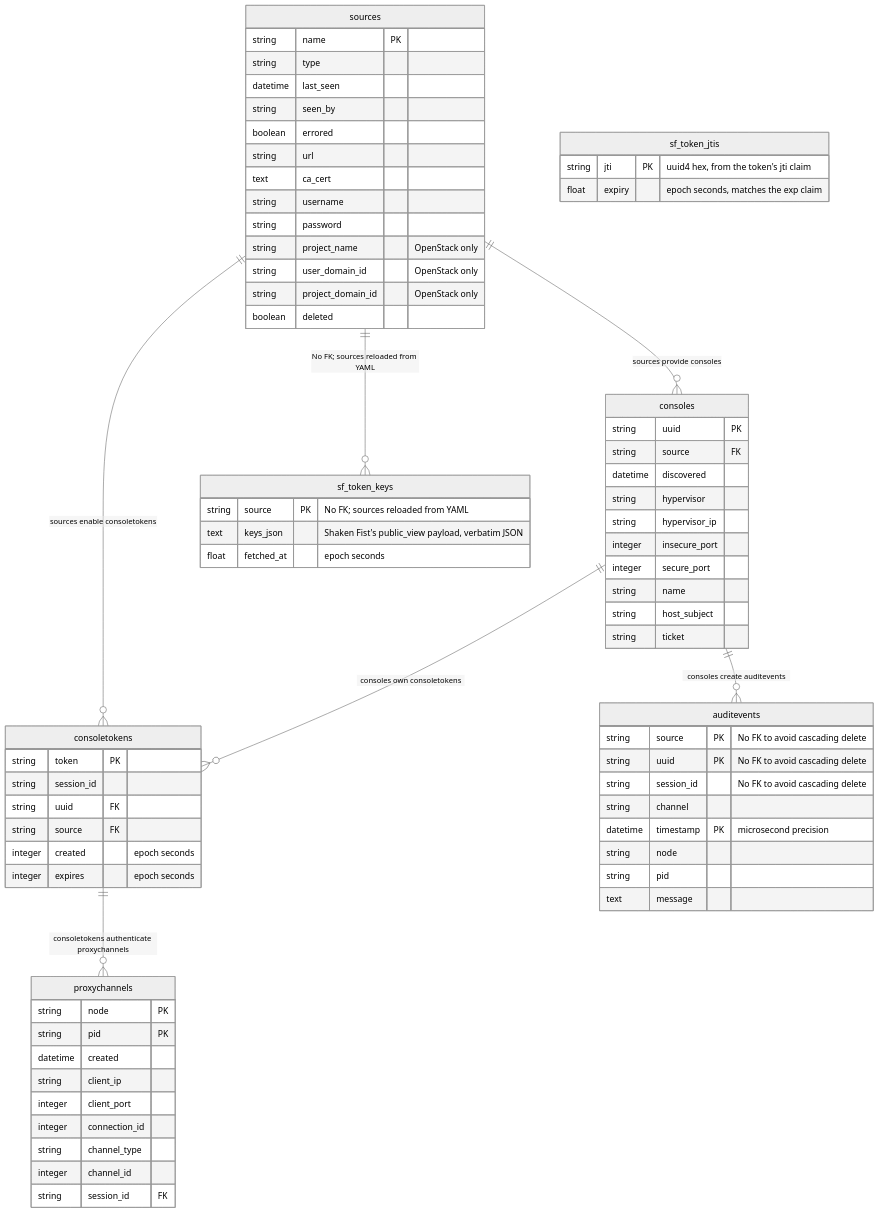
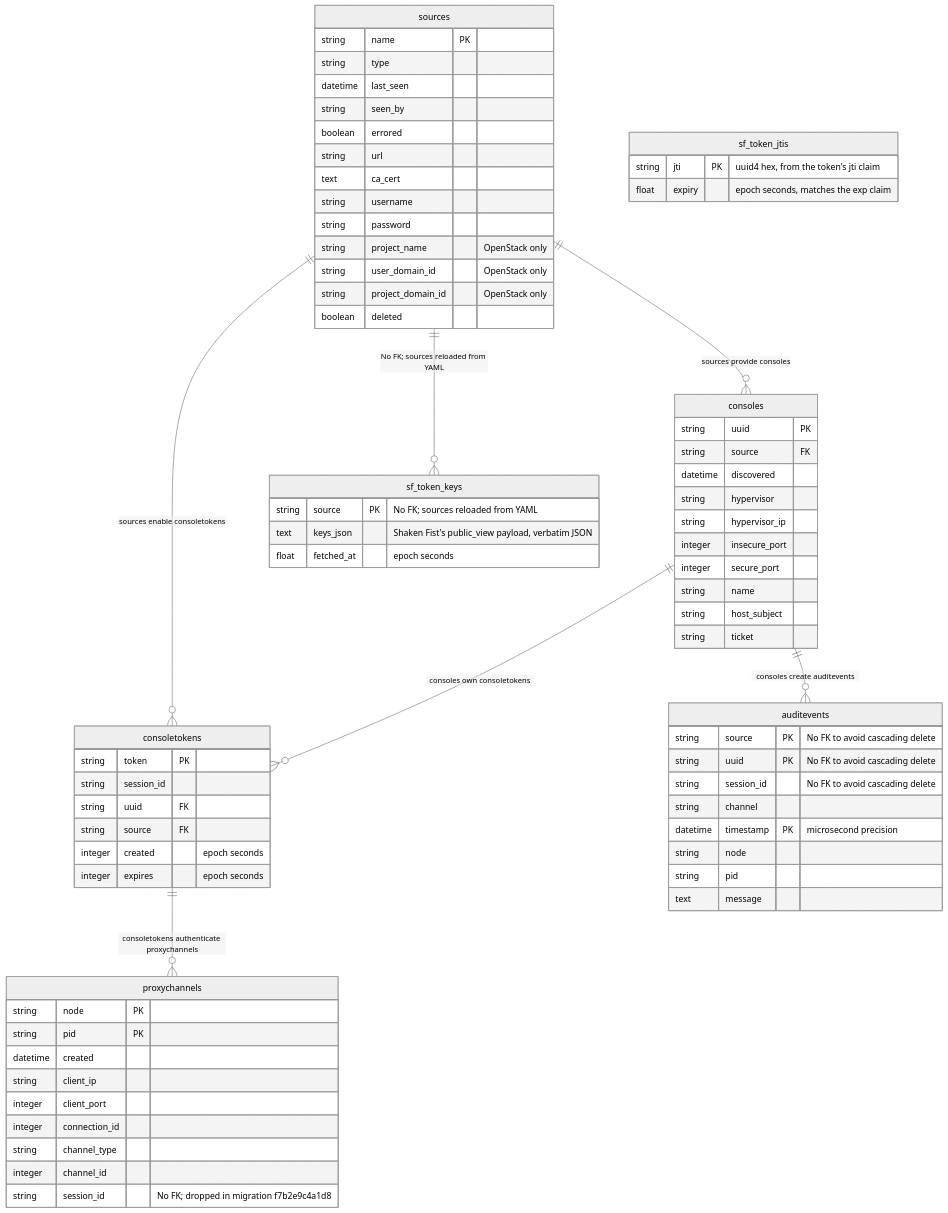
One commit to shakenfist/kerbside changed the diagram in docs/schema.md. Above: the diagram before and after it, drawn with Mermaid (neutral theme). The commit also changed other lines of this file and 6 other files, not shown here.

````diff
--- a/docs/schema.md
+++ b/docs/schema.md
@@ -7,80 +7,80 @@
 ```mermaid
 erDiagram
     sources {
         string name PK
         string type
         datetime last_seen
         string seen_by
         boolean errored
         string url
         text ca_cert
         string username
         string password
         string project_name "OpenStack only"
         string user_domain_id "OpenStack only"
         string project_domain_id "OpenStack only"
         boolean deleted
     }
 
     sources ||--o{ consoles : "sources provide consoles"
     consoles {
         string uuid PK
         string source FK
         datetime discovered
         string hypervisor
         string hypervisor_ip
         integer insecure_port
         integer secure_port
         string name
         string host_subject
         string ticket
     }
 
     sources ||--o{ consoletokens: "sources enable consoletokens"
     consoles ||--o{ consoletokens: "consoles own consoletokens"
     consoletokens {
         string token PK
         string session_id
         string uuid FK
         string source FK
         integer created "epoch seconds"
         integer expires "epoch seconds"
     }
 
     consoletokens ||--o{ proxychannels: "consoletokens authenticate proxychannels"
     proxychannels {
         string node PK
         string pid PK
         datetime created
         string client_ip
         integer client_port
         integer connection_id
         string channel_type
         integer channel_id
-        string session_id FK
+        string session_id "No FK; dropped in migration f7b2e9c4a1d8"
     }
 
     consoles ||--o{ auditevents: "consoles create auditevents"
     auditevents {
         string source PK "No FK to avoid cascading delete"
         string uuid PK "No FK to avoid cascading delete"
         string session_id "No FK to avoid cascading delete"
         string channel
         datetime timestamp PK "microsecond precision"
         string node
         string pid
         text message
     }
 
     sf_token_jtis {
         string jti PK "uuid4 hex, from the token's jti claim"
         float expiry "epoch seconds, matches the exp claim"
     }
 
     sources ||--o{ sf_token_keys: "No FK; sources reloaded from YAML"
     sf_token_keys {
         string source PK "No FK; sources reloaded from YAML"
         text keys_json "Shaken Fist's public_view payload, verbatim JSON"
         float fetched_at "epoch seconds"
     }
 ```
````
